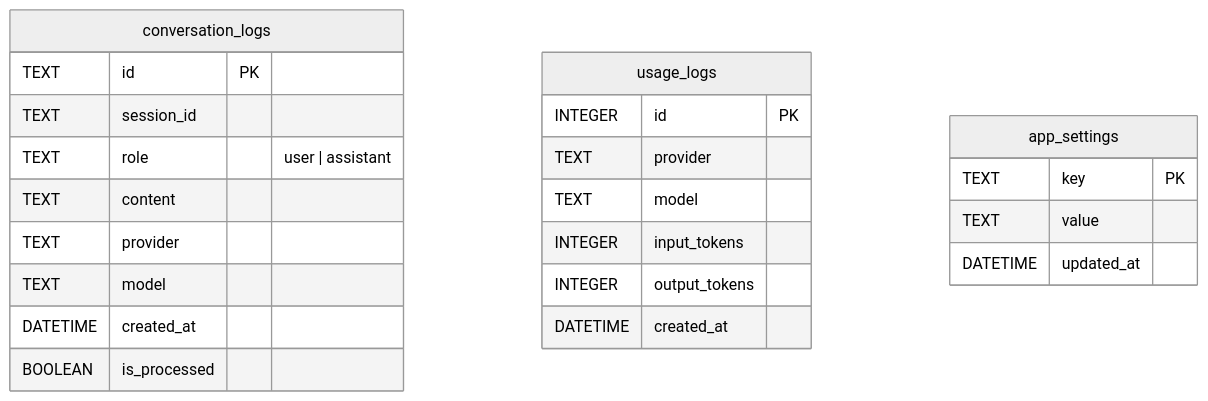
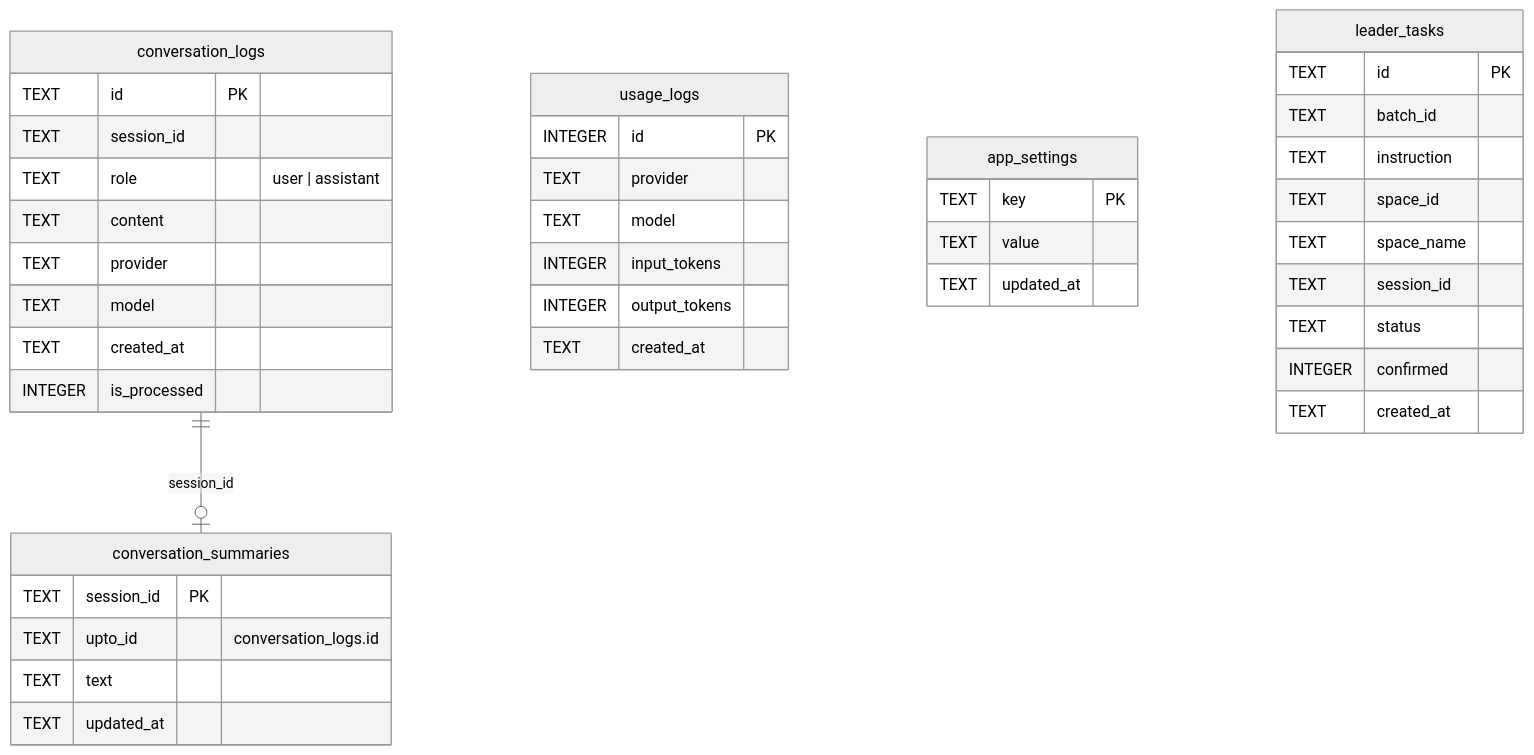
One commit to long-in/MyAssistant changed the diagram in docs/data-and-settings.md. Above: the diagram before and after it, drawn with Mermaid (neutral theme). The commit also changed other lines of this file and 20 other files, not shown here.

````diff
--- a/docs/data-and-settings.md
+++ b/docs/data-and-settings.md
@@ -25,26 +27,44 @@
 ```mermaid
 erDiagram
+  conversation_logs ||--o| conversation_summaries : "session_id"
   conversation_logs {
     TEXT id PK
     TEXT session_id
     TEXT role "user | assistant"
     TEXT content
     TEXT provider
     TEXT model
-    DATETIME created_at
-    BOOLEAN is_processed
+    TEXT created_at
+    INTEGER is_processed
+  }
+  conversation_summaries {
+    TEXT session_id PK
+    TEXT upto_id "conversation_logs.id"
+    TEXT text
+    TEXT updated_at
   }
   usage_logs {
     INTEGER id PK
     TEXT provider
     TEXT model
     INTEGER input_tokens
     INTEGER output_tokens
-    DATETIME created_at
+    TEXT created_at
   }
   app_settings {
     TEXT key PK
     TEXT value
-    DATETIME updated_at
+    TEXT updated_at
+  }
+  leader_tasks {
+    TEXT id PK
+    TEXT batch_id
+    TEXT instruction
+    TEXT space_id
+    TEXT space_name
+    TEXT session_id
+    TEXT status
+    INTEGER confirmed
+    TEXT created_at
   }
 ```
````
